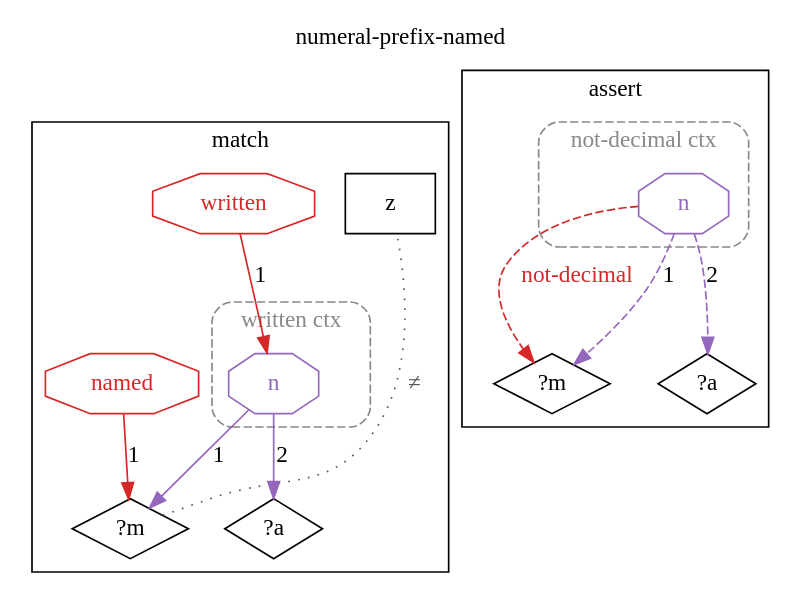
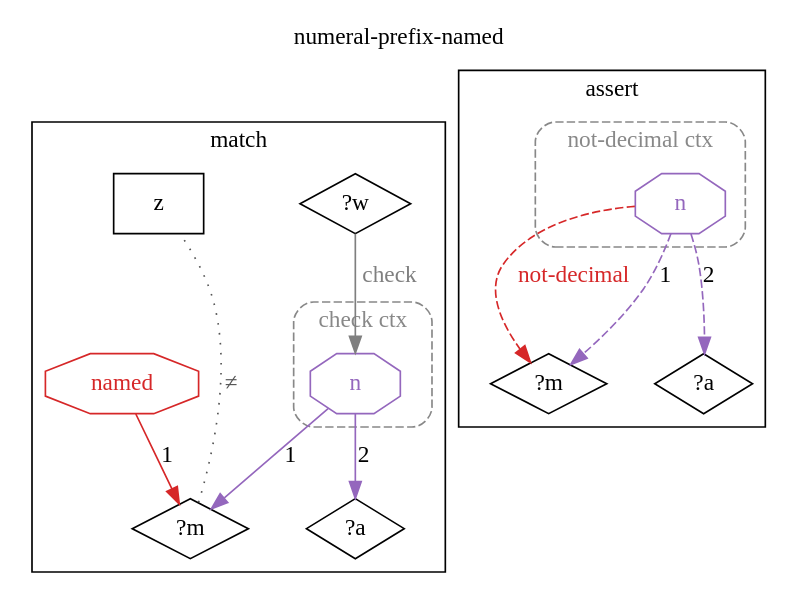
The diagram in docs/ein/user/04-reference/04-stdlib/diagrams/09-std.math.decimal.numeral-prefix-named.dot (agutikov/ein), drawn with Graphviz before and after one commit. The commit also changed 250 other files, not shown here.

```diff
--- a/docs/ein/user/04-reference/04-stdlib/diagrams/09-std.math.decimal.numeral-prefix-named.dot
+++ b/docs/ein/user/04-reference/04-stdlib/diagrams/09-std.math.decimal.numeral-prefix-named.dot
@@ -1,31 +1,31 @@
 digraph rule_numeral_prefix_named_lhs_rhs {
   rankdir=TB;
   label="numeral-prefix-named"; labelloc=t;
   subgraph cluster_lhs { label="match";
+    "?w_L" [label="?w", shape=diamond];
     "?m_L" [label="?m", shape=diamond];
     "?a_L" [label="?a", shape=diamond];
     "z_L" [label="z", shape=rectangle];
     subgraph cluster_ctx_L_0 {
-      label="written ctx"; style="dashed,rounded"; color="#888888"; fontcolor="#888888";
+      label="check ctx"; style="dashed,rounded"; color="#888888"; fontcolor="#888888";
       "(n ?m ?a)_L" [shape=octagon, label="n", color="#9467bd", fontcolor="#9467bd"];
     }
-    "h1_written_L" [shape=octagon, label="written", color="#d62728", fontcolor="#d62728"];
-    "h1_written_L" -> "(n ?m ?a)_L" [label="1", color="#d62728"];
+    "?w_L" -> "(n ?m ?a)_L" [label="check", color="#7f7f7f", fontcolor="#7f7f7f"];
     "?m_L" -> "z_L" [label="≠", dir=none, style=dotted, color="#555555", fontcolor="#555555", constraint=false];
-    "h2_named_L" [shape=octagon, label="named", color="#d62728", fontcolor="#d62728"];
-    "h2_named_L" -> "?m_L" [label="1", color="#d62728"];
+    "h1_named_L" [shape=octagon, label="named", color="#d62728", fontcolor="#d62728"];
+    "h1_named_L" -> "?m_L" [label="1", color="#d62728"];
     "(n ?m ?a)_L" -> "?m_L" [label="1", color="#9467bd"];
     "(n ?m ?a)_L" -> "?a_L" [label="2", color="#9467bd"];
   }
   subgraph cluster_rhs { label="assert";
     "?m_R" [label="?m", shape=diamond];
     "?a_R" [label="?a", shape=diamond];
     subgraph cluster_ctx_R_0 {
       label="not-decimal ctx"; style="dashed,rounded"; color="#888888"; fontcolor="#888888";
       "(n ?m ?a)_R" [shape=octagon, label="n", color="#9467bd", fontcolor="#9467bd"];
     }
     "(n ?m ?a)_R" -> "?m_R" [label="not-decimal", color="#d62728", fontcolor="#d62728", style=dashed];
     "(n ?m ?a)_R" -> "?m_R" [label="1", color="#9467bd", style=dashed];
     "(n ?m ?a)_R" -> "?a_R" [label="2", color="#9467bd", style=dashed];
   }
 }
```
